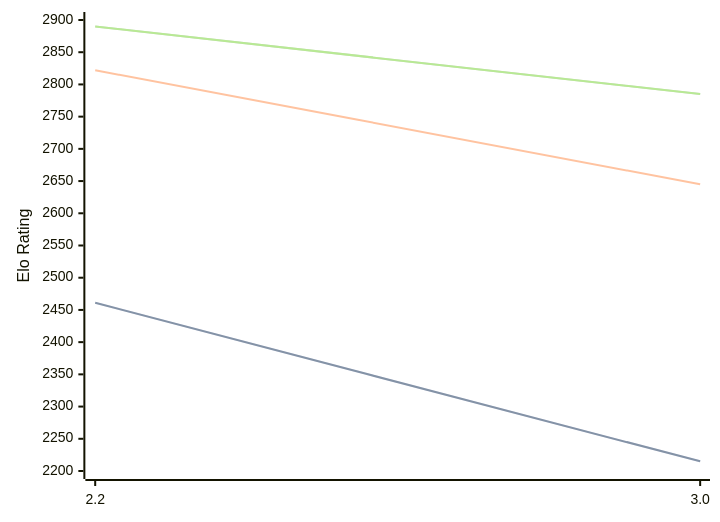
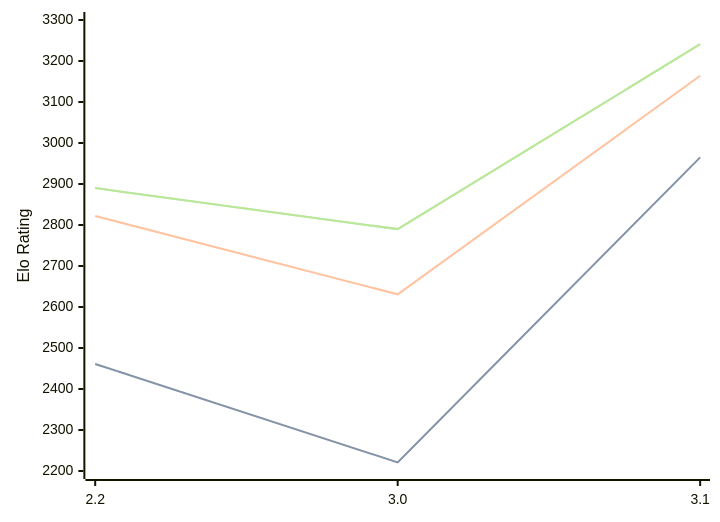
Before and after one commit to computer-chess-index/cci: the third of 3 diagrams in engines/Thrawn.md, drawn with Mermaid. The commit also changed other lines of this file, not shown here.

Commit message:
Update CCI Ratings (ELO VLTC) - 2026-07-08

````diff
--- a/engines/Thrawn.md
+++ b/engines/Thrawn.md
@@ -74,11 +74,11 @@
 ```mermaid
 %%{init: {"theme":"base","themeVariables":{"seriesColors:['#a3a3a3','#222221','#faa371']}}}%%
 xychart-beta
-  x-axis ["2.2", "3.0"]
-  y-axis "Elo Rating" 2200 --> 2900
-  line "STC (8.0+0.08s)" [2461, 2215]
-  line "STC (8.0+0.08s)" [2461, 2215]
-  line "LTC (60.0+0.60s)" [2822, 2645]
-  line "VLTC (2m24s+1.12s)" [2890, 2785]
-  line "VLTC (2m24s+1.12s)" [2890, 2785]
+  x-axis ["2.2", "3.0", "3.1"]
+  y-axis "Elo Rating" 2200 --> 3300
+  line "STC (8.0+0.08s)" [2461, 2221, 2965]
+  line "STC (8.0+0.08s)" [2461, 2221, 2965]
+  line "LTC (60.0+0.60s)" [2822, 2631, 3164]
+  line "VLTC (2m24s+1.12s)" [2890, 2790, 3241]
+  line "VLTC (2m24s+1.12s)" [2890, 2790, 3241]
 ```
````
